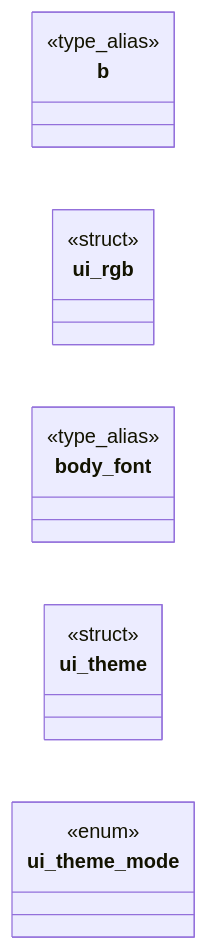
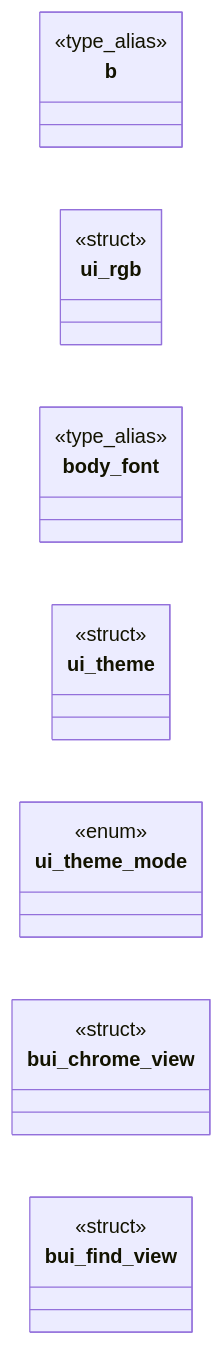
The diagram in readmenator-apidocs/modules/gui.browser_ui_internal.h.md (grisuno/FreeDom), drawn with Mermaid before and after one commit. The commit also changed other lines of this file and 270 other files, not shown here.

````diff
--- a/readmenator-apidocs/modules/gui.browser_ui_internal.h.md
+++ b/readmenator-apidocs/modules/gui.browser_ui_internal.h.md
@@ -15,14 +15,18 @@
 ```mermaid
 classDiagram
     direction LR
     class b
     <<type_alias>> b
     class ui_rgb
     <<struct>> ui_rgb
     class body_font
     <<type_alias>> body_font
     class ui_theme
     <<struct>> ui_theme
     class ui_theme_mode
     <<enum>> ui_theme_mode
+    class bui_chrome_view
+    <<struct>> bui_chrome_view
+    class bui_find_view
+    <<struct>> bui_find_view
 ```
````
